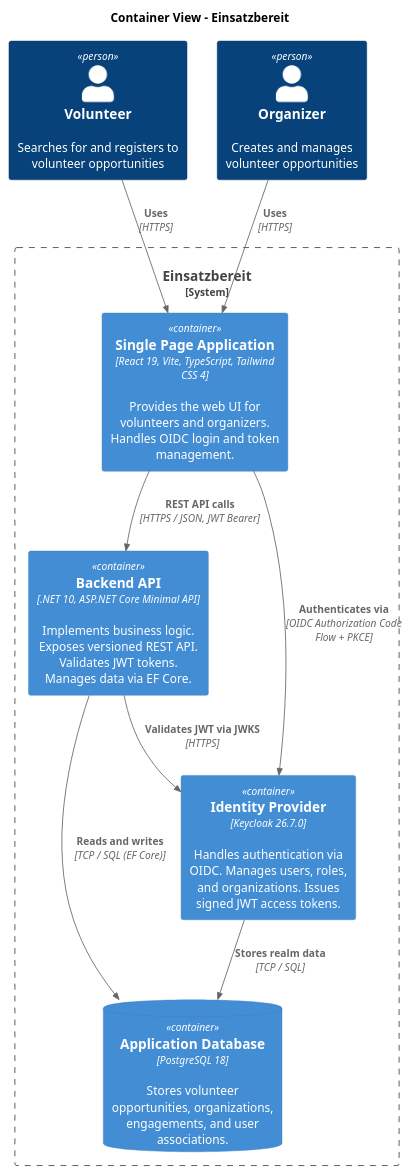
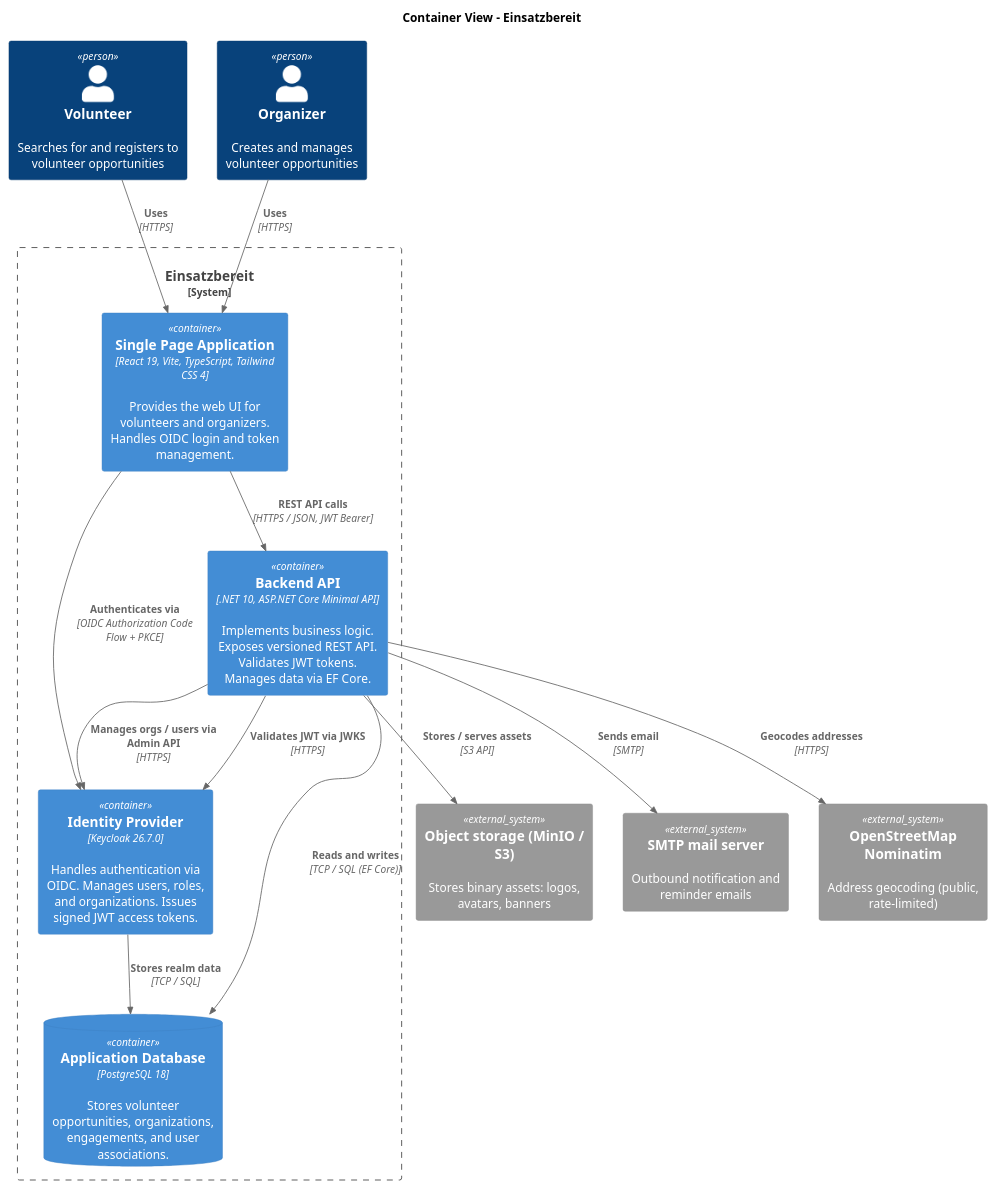
Before and after one commit to maik-hasler/einsatzbereit: the diagram in docs/Architecture/images/container-view.puml, drawn with PlantUML. The commit also changed 27 other files, not shown here.

```diff
--- a/docs/Architecture/images/container-view.puml
+++ b/docs/Architecture/images/container-view.puml
@@ -1,25 +1,33 @@
 @startuml Container View
 
 !include <C4/C4_Container>
 
 title Container View - Einsatzbereit
 
 Person(volunteer, "Volunteer", "Searches for and registers to volunteer opportunities")
 Person(organizer, "Organizer", "Creates and manages volunteer opportunities")
 
 System_Boundary(einsatzbereit, "Einsatzbereit") {
 		Container(frontend, "Single Page Application", "React 19, Vite, TypeScript, Tailwind CSS 4", "Provides the web UI for volunteers and organizers. Handles OIDC login and token management.")
 		Container(backend, "Backend API", ".NET 10, ASP.NET Core Minimal API", "Implements business logic. Exposes versioned REST API. Validates JWT tokens. Manages data via EF Core.")
 		ContainerDb(db, "Application Database", "PostgreSQL 18", "Stores volunteer opportunities, organizations, engagements, and user associations.")
 		Container(keycloak, "Identity Provider", "Keycloak 26.7.0", "Handles authentication via OIDC. Manages users, roles, and organizations. Issues signed JWT access tokens.")
 }
 
+System_Ext(objectstore, "Object storage (MinIO / S3)", "Stores binary assets: logos, avatars, banners")
+System_Ext(smtp, "SMTP mail server", "Outbound notification and reminder emails")
+System_Ext(nominatim, "OpenStreetMap Nominatim", "Address geocoding (public, rate-limited)")
+
 Rel(volunteer, frontend, "Uses", "HTTPS")
 Rel(organizer, frontend, "Uses", "HTTPS")
 Rel(frontend, backend, "REST API calls", "HTTPS / JSON, JWT Bearer")
 Rel(frontend, keycloak, "Authenticates via", "OIDC Authorization Code Flow + PKCE")
 Rel(backend, db, "Reads and writes", "TCP / SQL (EF Core)")
 Rel(backend, keycloak, "Validates JWT via JWKS", "HTTPS")
+Rel(backend, keycloak, "Manages orgs / users via Admin API", "HTTPS")
+Rel(backend, objectstore, "Stores / serves assets", "S3 API")
+Rel(backend, smtp, "Sends email", "SMTP")
+Rel(backend, nominatim, "Geocodes addresses", "HTTPS")
 Rel(keycloak, db, "Stores realm data", "TCP / SQL")
 
 @enduml
```
